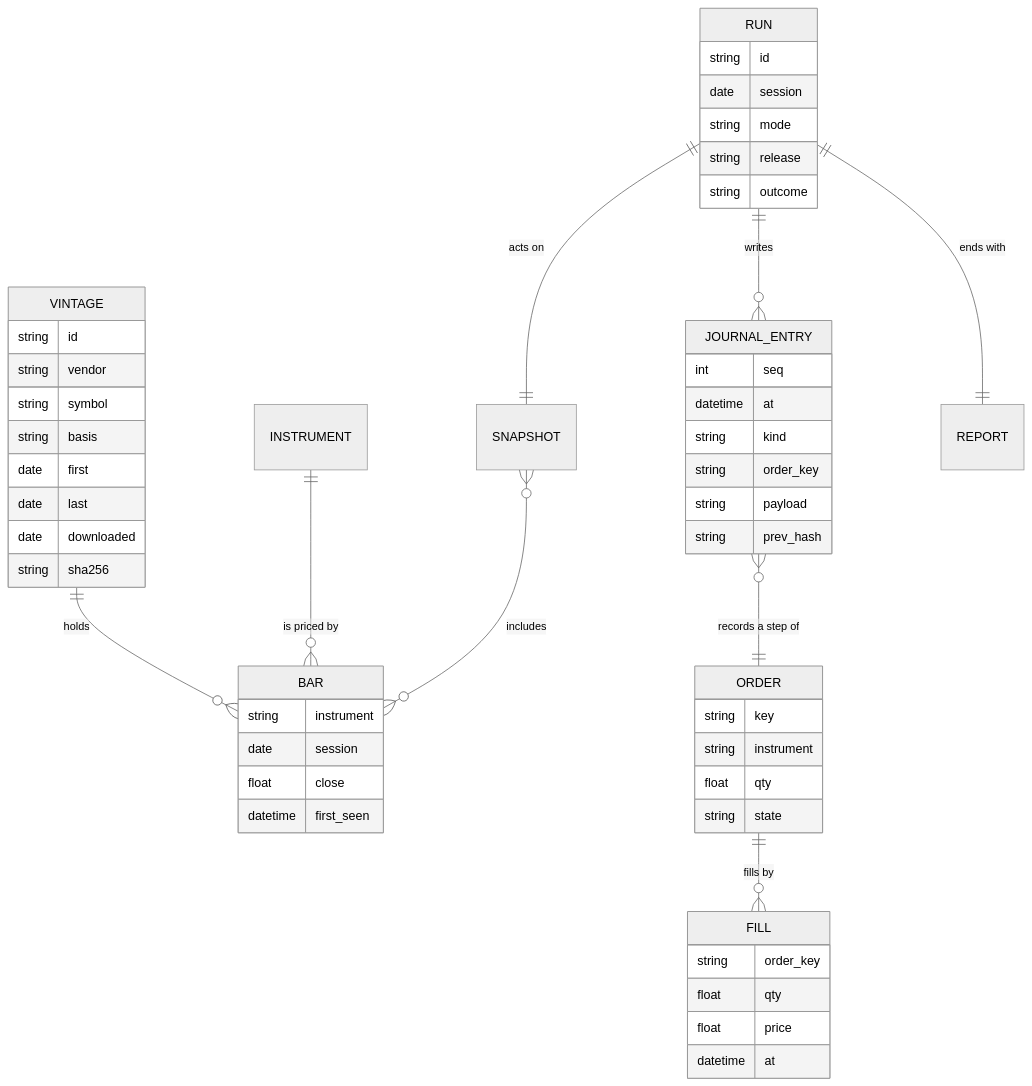
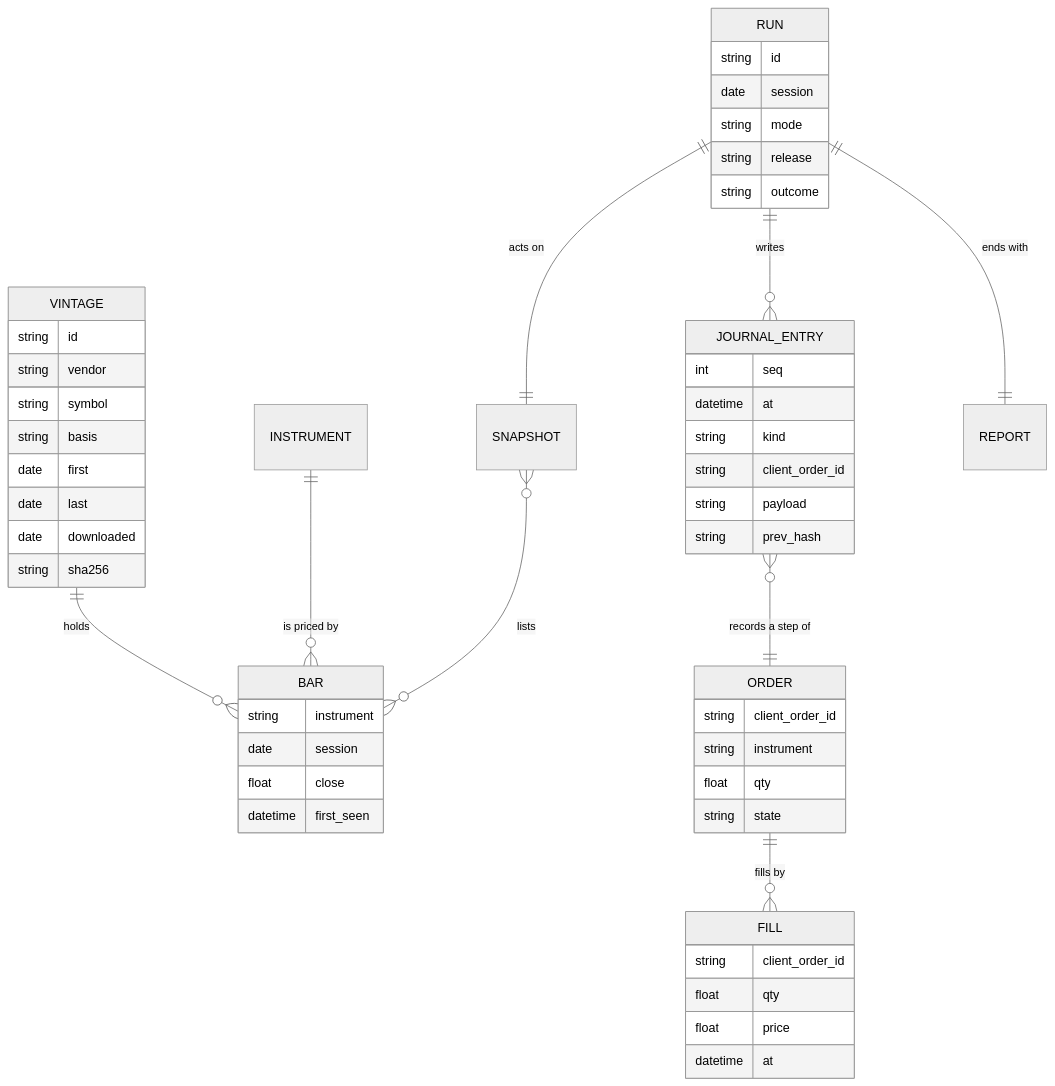
Before and after one commit to l3a0/ithildin-runtime: diagram 14 of 16 in docs/architecture.md, drawn with Mermaid (neutral theme). The commit also changed other lines of this file, not shown here.

First line of the commit message:
docs(architecture): apply the review's verified findings

````diff
--- a/docs/architecture.md
+++ b/docs/architecture.md
@@ -650,55 +844,55 @@
 ```mermaid
 erDiagram
     VINTAGE ||--o{ BAR : "holds"
     INSTRUMENT ||--o{ BAR : "is priced by"
     RUN ||--|| SNAPSHOT : "acts on"
-    SNAPSHOT }o--o{ BAR : "includes"
+    SNAPSHOT }o--o{ BAR : "lists"
     RUN ||--o{ JOURNAL_ENTRY : "writes"
     JOURNAL_ENTRY }o--|| ORDER : "records a step of"
     ORDER ||--o{ FILL : "fills by"
     RUN ||--|| REPORT : "ends with"
 
     VINTAGE {
         string id
         string vendor
         string symbol
         string basis
         date first
         date last
         date downloaded
         string sha256
     }
     BAR {
         string instrument
         date session
         float close
         datetime first_seen
     }
     RUN {
         string id
         date session
         string mode
         string release
         string outcome
     }
     JOURNAL_ENTRY {
         int seq
         datetime at
         string kind
-        string order_key
+        string client_order_id
         string payload
         string prev_hash
     }
     ORDER {
-        string key
+        string client_order_id
         string instrument
         float qty
         string state
     }
     FILL {
-        string order_key
+        string client_order_id
         float qty
         float price
         datetime at
     }
 ```
````
